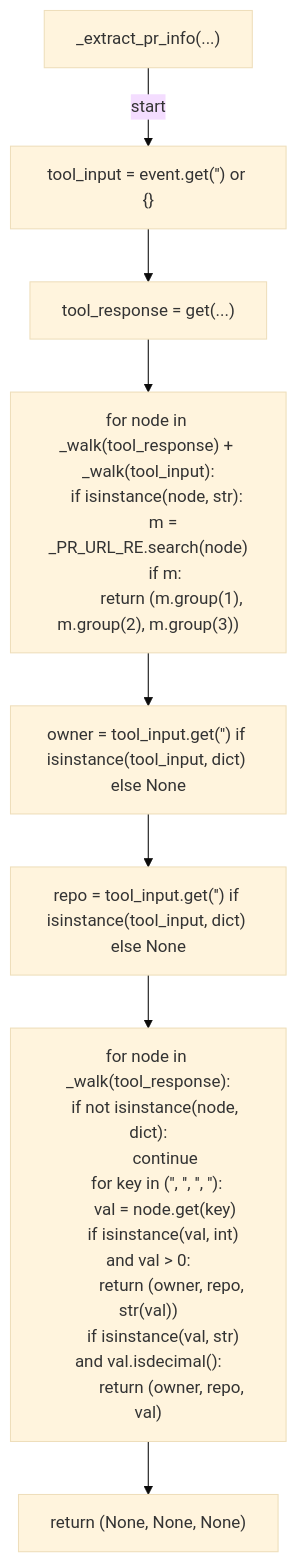
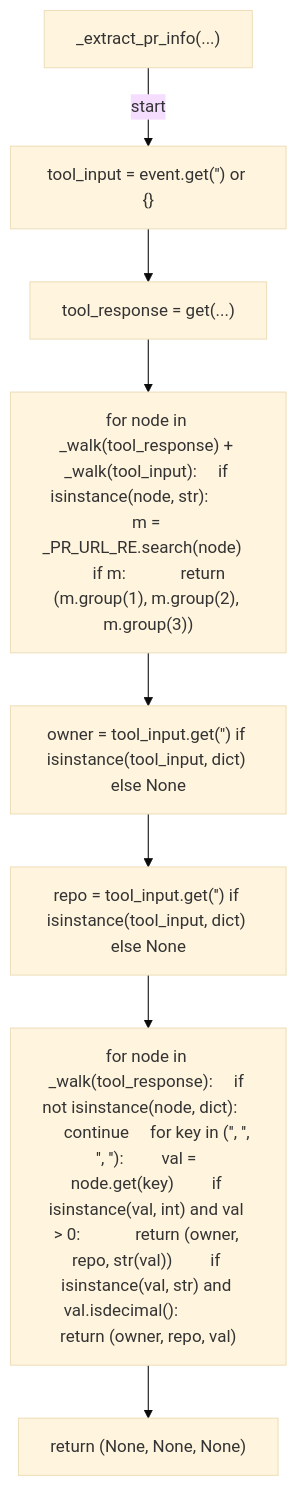
One commit to tvna/claude-md changed the sixth of 12 diagrams in docs/generated/scripts/ast/check_pr_mergeability.md. Above: the diagram before and after it, drawn with Mermaid (base theme). The commit also changed other lines of this file and 20 other files, not shown here.

First line of the commit message:
docs(generated): regenerate decision tree and workflow diagrams (batch 1/5)

````diff
--- a/docs/generated/scripts/ast/check_pr_mergeability.md
+++ b/docs/generated/scripts/ast/check_pr_mergeability.md
@@ -144,30 +138,18 @@
 ```mermaid
 flowchart TD
     N001["_extract_pr_info(...)"]
     N002["tool_input = event.get('<str>') or {}"]
     N003["tool_response = get(...)"]
-    N004["for node in _walk(tool_response) + _walk(tool_input):
-    if isinstance(node, str):
-        m = _PR_URL_RE.search(node)
-        if m:
-            return (m.group(1), m.group(2), m.group(3))"]
+    N004["for node in _walk(tool_response) + _walk(tool_input):     if isinstance(node, str):         m = _PR_URL_RE.search(node)         if m:             return (m.group(1), m.group(2), m.group(3))"]
     N005["owner = tool_input.get('<str>') if isinstance(tool_input, dict) else None"]
     N006["repo = tool_input.get('<str>') if isinstance(tool_input, dict) else None"]
-    N007["for node in _walk(tool_response):
-    if not isinstance(node, dict):
-        continue
-    for key in ('<str>', '<str>', '<str>', '<str>'):
-        val = node.get(key)
-        if isinstance(val, int) and val > 0:
-            return (owner, repo, str(val))
-        if isinstance(val, str) and val.isdecimal():
-            return (owner, repo, val)"]
+    N007["for node in _walk(tool_response):     if not isinstance(node, dict):         continue     for key in ('<str>', '<str>', '<str>', '<str>'):         val = node.get(key)         if isinstance(val, int) and val > 0:             return (owner, repo, str(val))         if isinstance(val, str) and val.isdecimal():             return (owner, repo, val)"]
     N008["return (None, None, None)"]
     N001 -->|"start"| N002
     N002 --> N003
     N003 --> N004
     N004 --> N005
     N005 --> N006
     N006 --> N007
     N007 --> N008
 ```
````
